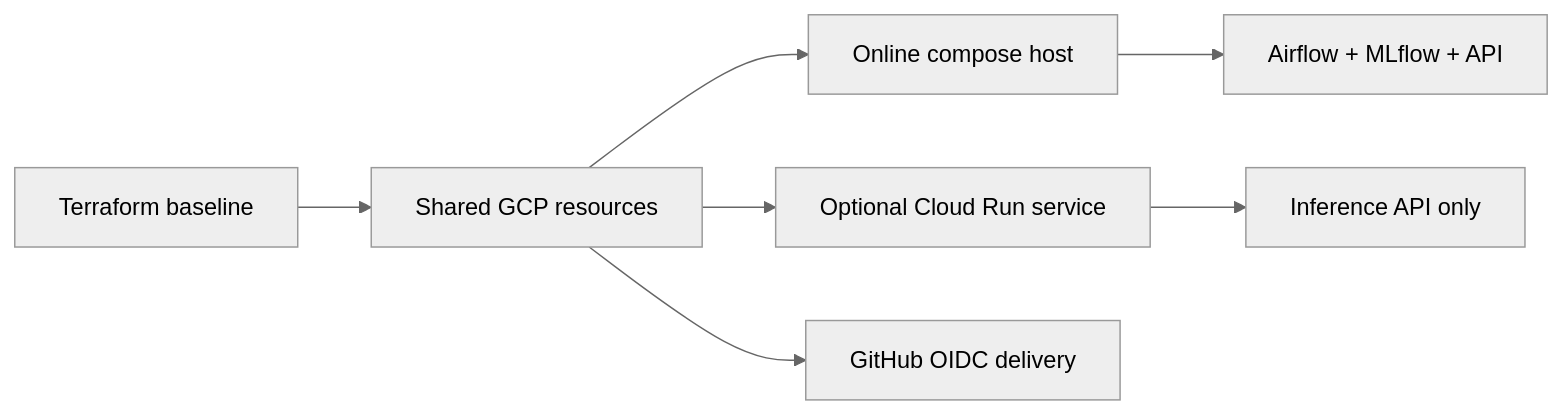
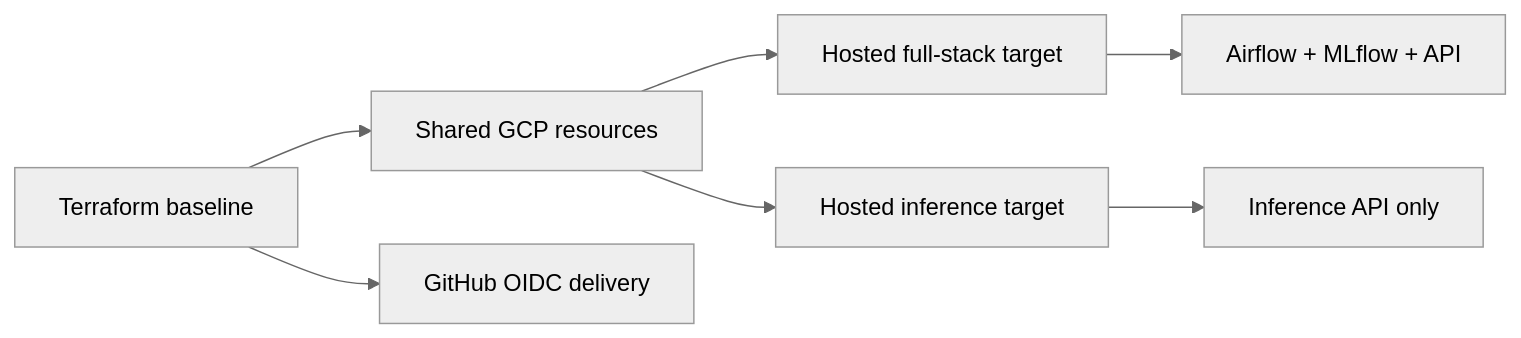
One commit to javihslu/foehncast changed the first of 2 diagrams in docs/site/system/cloud-mapping.md. Above: the diagram before and after it, drawn with Mermaid (neutral theme). The commit also changed other lines of this file and 64 other files, not shown here.

```diff
--- a/docs/site/system/cloud-mapping.md
+++ b/docs/site/system/cloud-mapping.md
@@ -43,9 +44,9 @@
 <div class="mermaid">
 flowchart LR
     TF[Terraform baseline] --> GCP[Shared GCP resources]
-    GCP --> HOST[Online compose host]
-    GCP --> RUN[Optional Cloud Run service]
-    GCP --> GH[GitHub OIDC delivery]
+    GCP --> HOST[Hosted full-stack target]
+    GCP --> RUN[Hosted inference target]
+    TF --> GH[GitHub OIDC delivery]
     HOST --> STACK[Airflow + MLflow + API]
     RUN --> API[Inference API only]
 </div>
```
